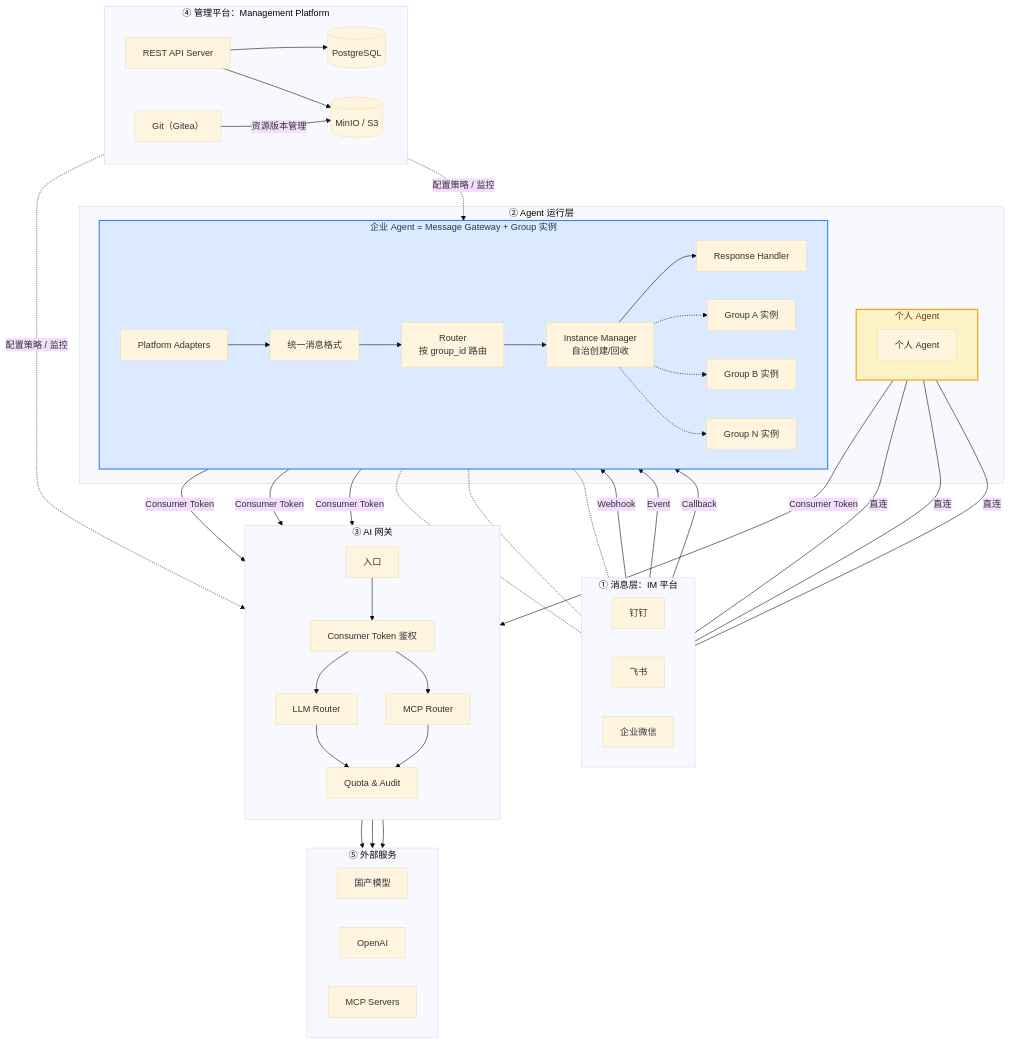
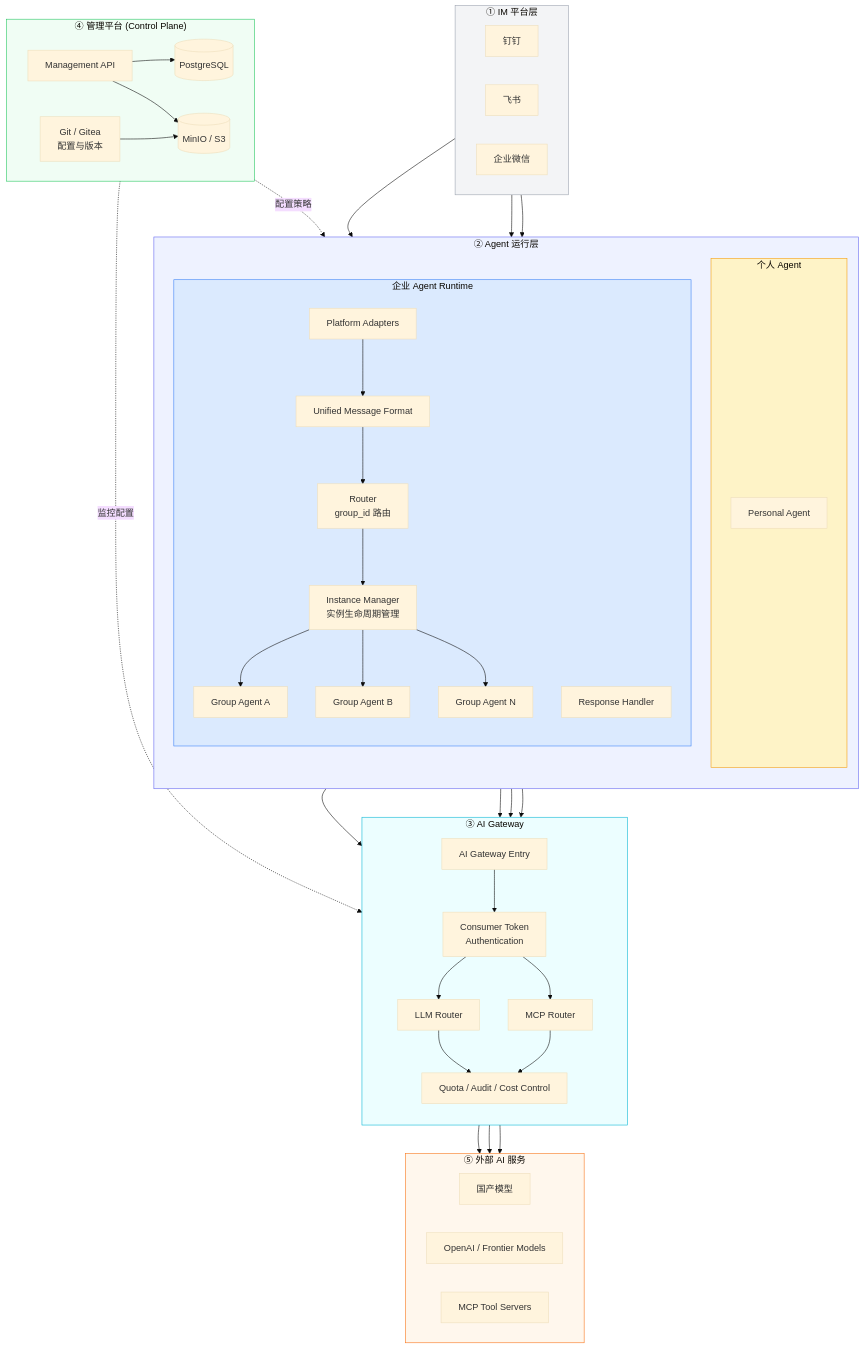
The first of 18 diagrams in docs/superpowers/specs/2026-04-14-enterprise-agent-platform-design.md (xi-qian/workdoc), drawn with Mermaid (base theme) before and after one commit.

Commit message:
update system panorama diagram layout and styles

````diff
--- a/docs/superpowers/specs/2026-04-14-enterprise-agent-platform-design.md
+++ b/docs/superpowers/specs/2026-04-14-enterprise-agent-platform-design.md
@@ -46,77 +46,133 @@
 ```mermaid
-flowchart TD
-    DT[钉钉]
-    FS[飞书]
-    WW[企业微信]
+flowchart TB
 
-    GW_IN[Platform Adapters] --> UMF[统一消息格式] --> ROUTER[Router<br/>按 group_id 路由]
-    ROUTER --> IM_MGR[Instance Manager<br/>自治创建/回收]
-    IM_MGR --> RESP[Response Handler]
+%% ========== Layer 1 ==========
+subgraph L1["① IM 平台层"]
+direction LR
+DT[钉钉]
+FS[飞书]
+WW[企业微信]
+end
 
-    PA[个人 Agent]
-    EA1[Group A 实例]
-    EA2[Group B 实例]
-    EAN[Group N 实例]
 
-    IN2[入口] --> AUTH[Consumer Token 鉴权]
-    AUTH --> LLM_R[LLM Router]
-    AUTH --> MCP_R[MCP Router]
-    LLM_R --> QUOTA[Quota &amp; Audit]
-    MCP_R --> QUOTA
+%% ========== Layer 2 ==========
+subgraph L2["② Agent 运行层"]
+direction TB
 
-    LLM1[国产模型]
-    LLM2[OpenAI]
-    MCPS[MCP Servers]
+subgraph PERSONAL["个人 Agent"]
+PA[Personal Agent]
+end
 
-    MgmtAPI[REST API Server]
-    MgmtGit[Git（Gitea）]
-    PG[(PostgreSQL)]
-    MINIO[(MinIO / S3)]
+subgraph ENTERPRISE["企业 Agent Runtime"]
+direction TB
 
-    DT -->|Webhook| GW_IN
-    FS -->|Event| GW_IN
-    WW -->|Callback| GW_IN
-    PA ---|直连| DT
-    PA ---|直连| FS
-    PA ---|直连| WW
-    IM_MGR -.-> EA1 & EA2 & EAN
-    RESP -.- DT & FS & WW
-    PA & EA1 & EA2 & EAN -->|Consumer Token| IN2
-    LLM_R --> LLM1 & LLM2
-    MCP_R --> MCPS
+GW[Platform Adapters]
 
-    MgmtAPI --> PG & MINIO
-    MgmtGit -->|资源版本管理| MINIO
-    MgmtAPI -.->|配置策略 / 监控| ROUTER
-    MgmtAPI -.->|配置策略 / 监控| IN2
+UMF[Unified Message Format]
 
-    subgraph layer1["① 消息层：IM 平台"]
-        direction LR
-        DT & FS & WW
-    end
-    subgraph layer2["② Agent 运行层"]
-        subgraph pa_box["个人 Agent"]
-            direction LR
-            PA
-        end
-        subgraph ea_box["企业 Agent = Message Gateway + Group 实例"]
-            direction LR
-            GW_IN & UMF & ROUTER & IM_MGR & RESP & EA1 & EA2 & EAN
-        end
-    end
-    subgraph layer3["③ AI 网关"]
-        direction TB
-        IN2 & AUTH & LLM_R & MCP_R & QUOTA
-    end
-    subgraph layer4["④ 管理平台：Management Platform"]
-        direction LR
-        MgmtAPI & MgmtGit & PG & MINIO
-    end
-    subgraph layer5["⑤ 外部服务"]
-        direction LR
-        LLM1 & LLM2 & MCPS
-    end
+ROUTER[Router<br/>group_id 路由]
 
-    style pa_box fill:#fef3c7,stroke:#f59e0b,stroke-width:2px,color:#78350f
-    style ea_box fill:#dbeafe,stroke:#3b82f6,stroke-width:2px,color:#1e3a5f
+IMGR[Instance Manager<br/>实例生命周期管理]
+
+RESP[Response Handler]
+
+EA1[Group Agent A]
+EA2[Group Agent B]
+EAN[Group Agent N]
+
+GW --> UMF --> ROUTER --> IMGR
+IMGR --> EA1
+IMGR --> EA2
+IMGR --> EAN
+
+end
+
+end
+
+
+%% ========== Layer 3 ==========
+subgraph L3["③ AI Gateway"]
+direction TB
+
+IN[AI Gateway Entry]
+
+AUTH[Consumer Token<br/>Authentication]
+
+LLMR[LLM Router]
+
+MCPR[MCP Router]
+
+QUOTA[Quota / Audit / Cost Control]
+
+IN --> AUTH
+AUTH --> LLMR
+AUTH --> MCPR
+LLMR --> QUOTA
+MCPR --> QUOTA
+
+end
+
+
+%% ========== Layer 4 ==========
+subgraph L4["④ 管理平台 (Control Plane)"]
+direction LR
+
+API[Management API]
+
+GIT[Git / Gitea<br/>配置与版本]
+
+PG[(PostgreSQL)]
+
+OBJ[(MinIO / S3)]
+
+API --> PG
+API --> OBJ
+GIT --> OBJ
+
+end
+
+
+%% ========== Layer 5 ==========
+subgraph L5["⑤ 外部 AI 服务"]
+direction LR
+
+LLM1[国产模型]
+
+LLM2[OpenAI / Frontier Models]
+
+MCP[MCP Tool Servers]
+
+end
+
+
+%% ========== Connections ==========
+
+DT --> GW
+FS --> GW
+WW --> GW
+
+PA --> IN
+EA1 --> IN
+EA2 --> IN
+EAN --> IN
+
+LLMR --> LLM1
+LLMR --> LLM2
+
+MCPR --> MCP
+
+API -.配置策略.-> ROUTER
+API -.监控配置.-> IN
+
+
+%% ========== Styles ==========
+
+style L1 fill:#f3f4f6,stroke:#9ca3af
+style L2 fill:#eef2ff,stroke:#6366f1
+style L3 fill:#ecfeff,stroke:#06b6d4
+style L4 fill:#f0fdf4,stroke:#22c55e
+style L5 fill:#fff7ed,stroke:#f97316
+
+style PERSONAL fill:#fef3c7,stroke:#f59e0b
+style ENTERPRISE fill:#dbeafe,stroke:#3b82f6
 ```
````
